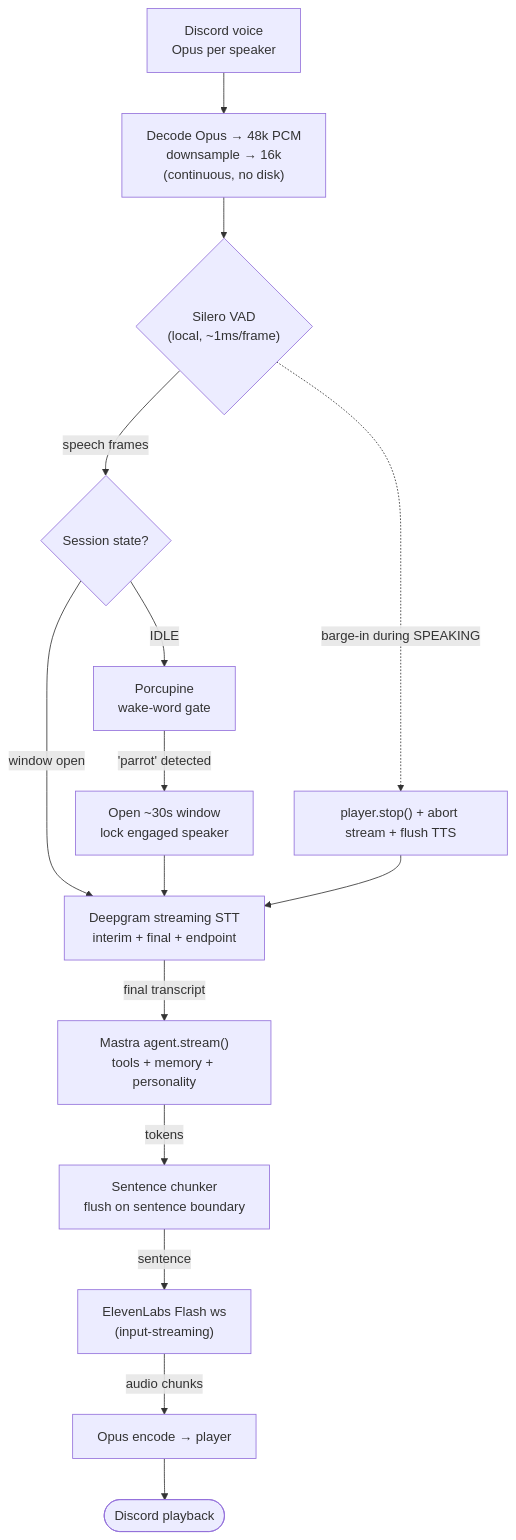
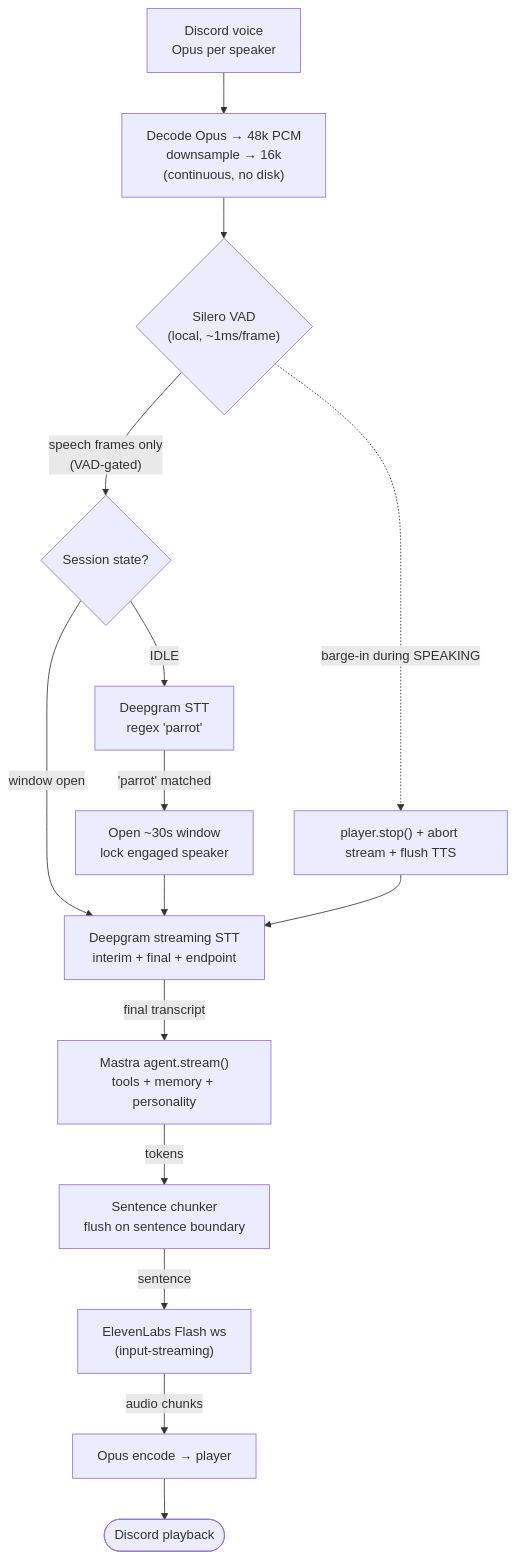
Before and after one commit to Nicholas-Zarate/parrott: the first of 2 diagrams in agentv2/docs/voice-plan.md, drawn with Mermaid. The commit also changed other lines of this file and 9 other files, not shown here.

````diff
--- a/agentv2/docs/voice-plan.md
+++ b/agentv2/docs/voice-plan.md
@@ -59,17 +59,17 @@
 ```mermaid
 flowchart TD
     A["Discord voice<br/>Opus per speaker"] --> B["Decode Opus → 48k PCM<br/>downsample → 16k<br/>(continuous, no disk)"]
     B --> V{"Silero VAD<br/>(local, ~1ms/frame)"}
-    V -->|"speech frames"| S{"Session state?"}
-    S -->|"IDLE"| W["Porcupine<br/>wake-word gate"]
-    W -->|"'parrot' detected"| OPEN["Open ~30s window<br/>lock engaged speaker"]
+    V -->|"speech frames only<br/>(VAD-gated)"| S{"Session state?"}
+    S -->|"IDLE"| W["Deepgram STT<br/>regex 'parrot'"]
+    W -->|"'parrot' matched"| OPEN["Open ~30s window<br/>lock engaged speaker"]
     S -->|"window open"| STT
     OPEN --> STT["Deepgram streaming STT<br/>interim + final + endpoint"]
     STT -->|"final transcript"| AG["Mastra agent.stream()<br/>tools + memory + personality"]
     AG -->|"tokens"| CH["Sentence chunker<br/>flush on sentence boundary"]
     CH -->|"sentence"| TTS["ElevenLabs Flash ws<br/>(input-streaming)"]
     TTS -->|"audio chunks"| ENC["Opus encode → player"]
     ENC --> OUT(["Discord playback"])
     V -.->|"barge-in during SPEAKING"| INT["player.stop() + abort stream + flush TTS"]
     INT --> STT
 ```
````
